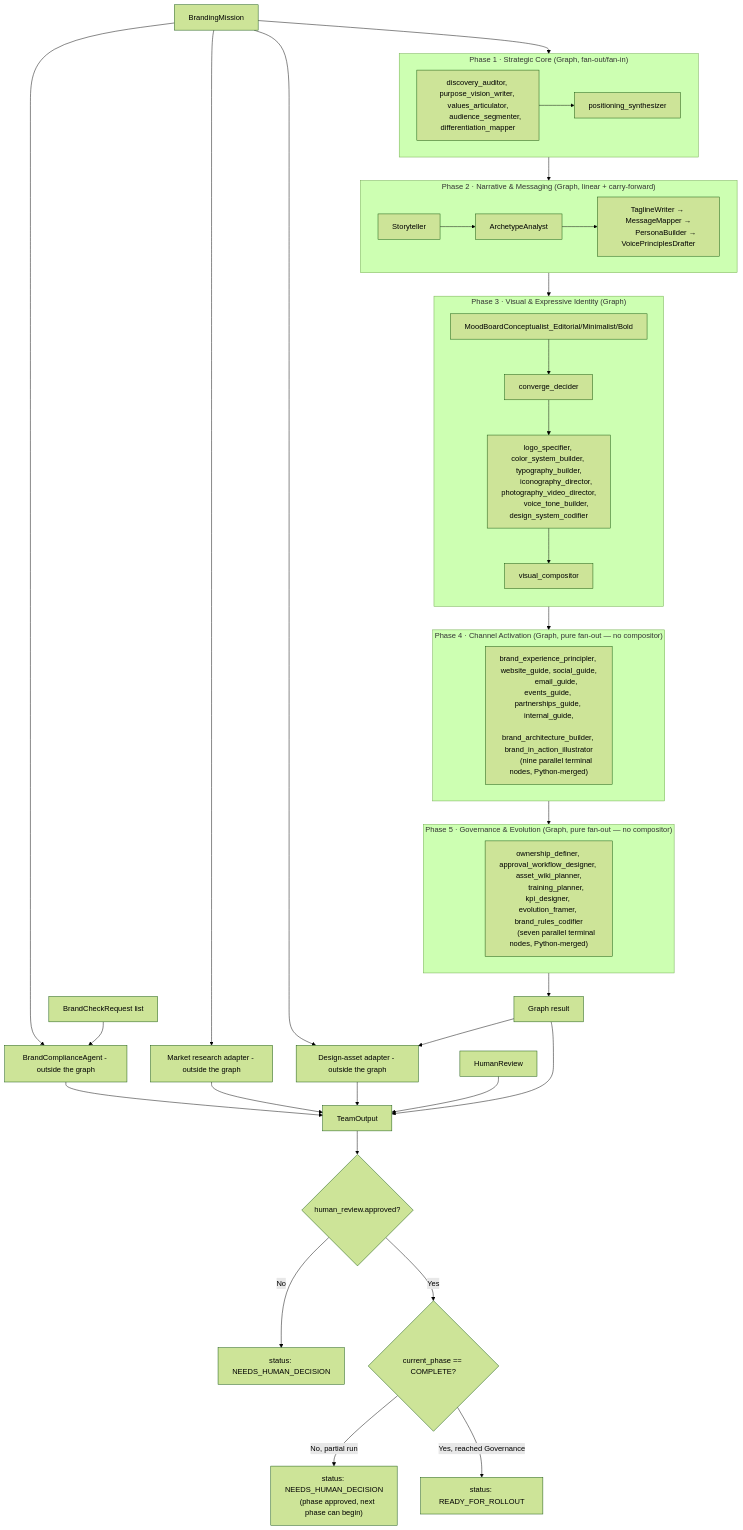
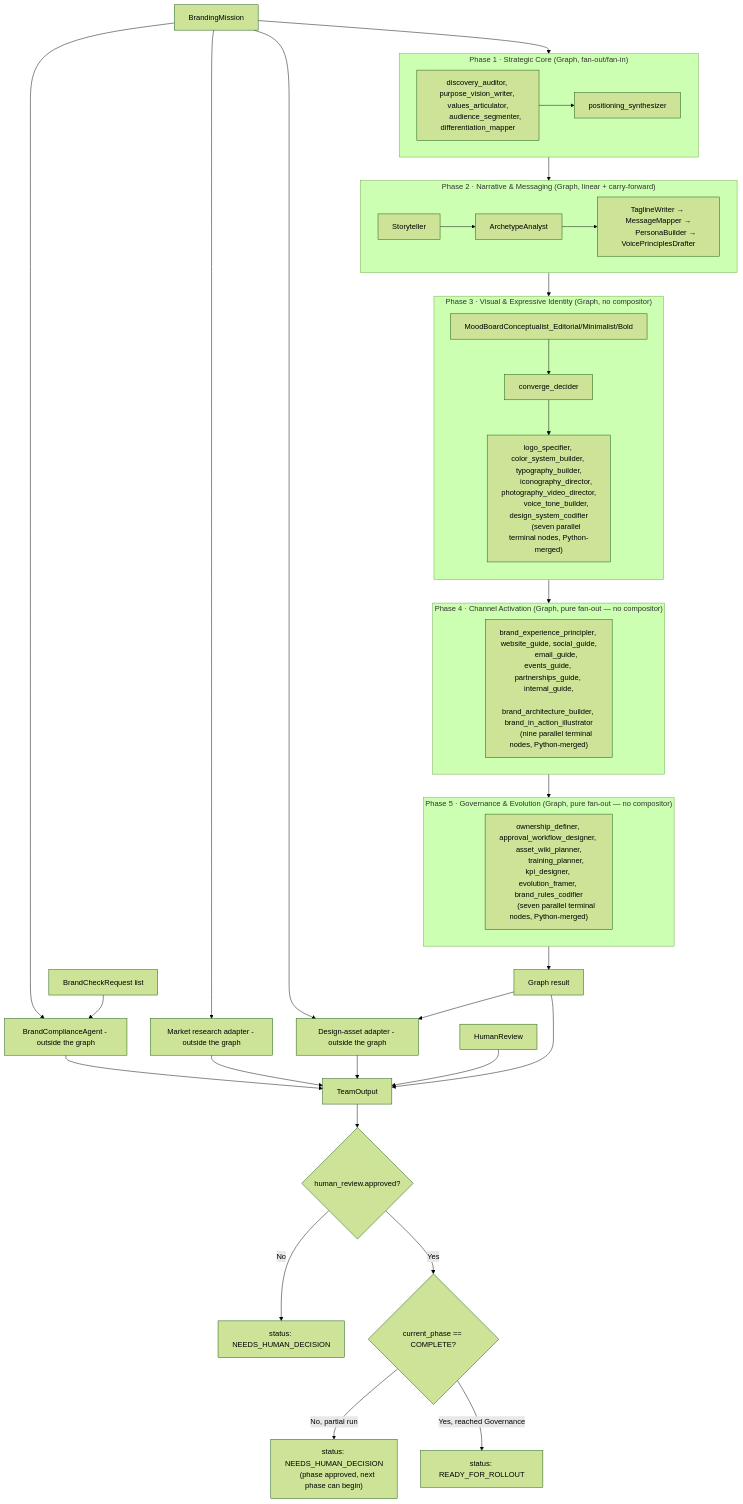
Before and after one commit to brandonkindred/Khala-Agentic-AI-Teams: the first of 3 diagrams in backend/agents/branding_team/README.md, drawn with Mermaid (forest theme). The commit also changed other lines of this file and 12 other files, not shown here.

First line of the commit message:
Merge Phase 3 visual identity fragments in Python, remove visual_compositor (#6649)

````diff
--- a/backend/agents/branding_team/README.md
+++ b/backend/agents/branding_team/README.md
@@ -44,70 +44,70 @@
 ```mermaid
 flowchart TB
     Mission[BrandingMission] --> P1
 
     subgraph P1 ["Phase 1 · Strategic Core (Graph, fan-out/fan-in)"]
         direction LR
         P1nodes["discovery_auditor, purpose_vision_writer, values_articulator,
         audience_segmenter, differentiation_mapper"] --> P1join[positioning_synthesizer]
     end
 
     P1 --> P2
 
     subgraph P2 ["Phase 2 · Narrative & Messaging (Graph, linear + carry-forward)"]
         direction LR
         P2a[Storyteller] --> P2b[ArchetypeAnalyst]
         P2b --> P2rest["TaglineWriter → MessageMapper →
         PersonaBuilder → VoicePrinciplesDrafter"]
     end
 
     P2 --> P3
 
-    subgraph P3 ["Phase 3 · Visual & Expressive Identity (Graph)"]
+    subgraph P3 ["Phase 3 · Visual & Expressive Identity (Graph, no compositor)"]
         direction TB
         P3diverge["MoodBoardConceptualist_Editorial/Minimalist/Bold"] --> P3conv[converge_decider]
         P3conv --> P3fan["logo_specifier, color_system_builder, typography_builder,
         iconography_director, photography_video_director,
-        voice_tone_builder, design_system_codifier"]
-        P3fan --> P3comp[visual_compositor]
+        voice_tone_builder, design_system_codifier
+        (seven parallel terminal nodes, Python-merged)"]
     end
 
     P3 --> P4
 
     subgraph P4 ["Phase 4 · Channel Activation (Graph, pure fan-out — no compositor)"]
         direction LR
         P4nodes["brand_experience_principler, website_guide, social_guide,
         email_guide, events_guide, partnerships_guide, internal_guide,
         brand_architecture_builder, brand_in_action_illustrator
         (nine parallel terminal nodes, Python-merged)"]
     end
 
     P4 --> P5
 
     subgraph P5 ["Phase 5 · Governance & Evolution (Graph, pure fan-out — no compositor)"]
         direction LR
         P5nodes["ownership_definer, approval_workflow_designer, asset_wiki_planner,
         training_planner, kpi_designer, evolution_framer, brand_rules_codifier
         (seven parallel terminal nodes, Python-merged)"]
     end
 
     P5 --> GraphResult[Graph result]
 
     Mission --> Compliance[BrandComplianceAgent - outside the graph]
     BrandChecks[BrandCheckRequest list] --> Compliance
     Mission --> MarketResearch[Market research adapter - outside the graph]
     Mission --> DesignAssets[Design-asset adapter - outside the graph]
     GraphResult --> DesignAssets
 
     GraphResult --> TeamOutput[TeamOutput]
     Compliance --> TeamOutput
     MarketResearch --> TeamOutput
     DesignAssets --> TeamOutput
     HumanReview[HumanReview] --> TeamOutput
 
     TeamOutput --> Approved{human_review.approved?}
     Approved -->|No| NeedsHuman[status: NEEDS_HUMAN_DECISION]
     Approved -->|Yes| Complete{current_phase == COMPLETE?}
     Complete -->|No, partial run| PhaseApproved["status: NEEDS_HUMAN_DECISION
     (phase approved, next phase can begin)"]
     Complete -->|Yes, reached Governance| Ready[status: READY_FOR_ROLLOUT]
 ```
````
